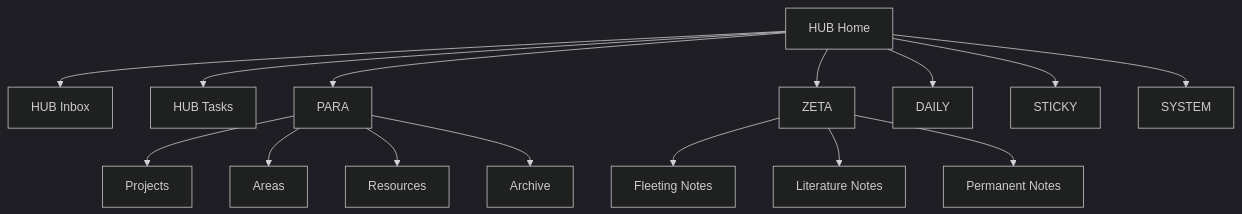
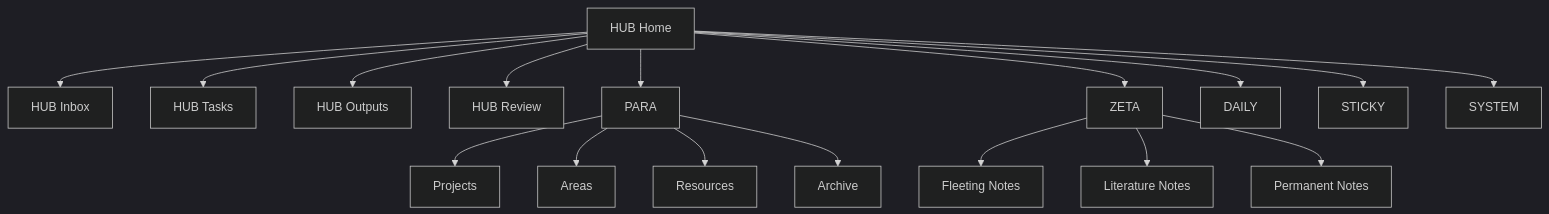
The diagram in HUB/Map.md (mjs618/Obsidian), drawn with Mermaid (dark theme) before and after one commit. The commit also changed other lines of this file and 20 other files, not shown here.

````diff
--- a/HUB/Map.md
+++ b/HUB/Map.md
@@ -59,19 +59,21 @@
 ```mermaid
 flowchart TD
     Home[HUB Home] --> Inbox[HUB Inbox]
     Home --> Tasks[HUB Tasks]
+    Home --> Outputs[HUB Outputs]
+    Home --> Review[HUB Review]
     Home --> PARA[PARA]
     Home --> ZETA[ZETA]
     Home --> DAILY[DAILY]
     Home --> STICKY[STICKY]
     Home --> SYSTEM[SYSTEM]
 
     PARA --> Projects[Projects]
     PARA --> Areas[Areas]
     PARA --> Resources[Resources]
     PARA --> Archive[Archive]
 
     ZETA --> Fleeting[Fleeting Notes]
     ZETA --> Literature[Literature Notes]
     ZETA --> Permanent[Permanent Notes]
 ```
````
